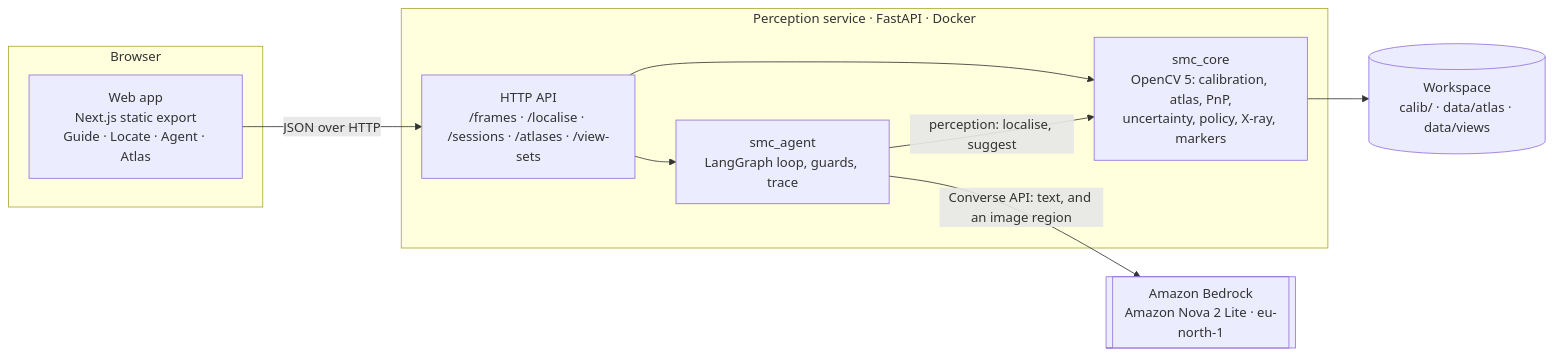
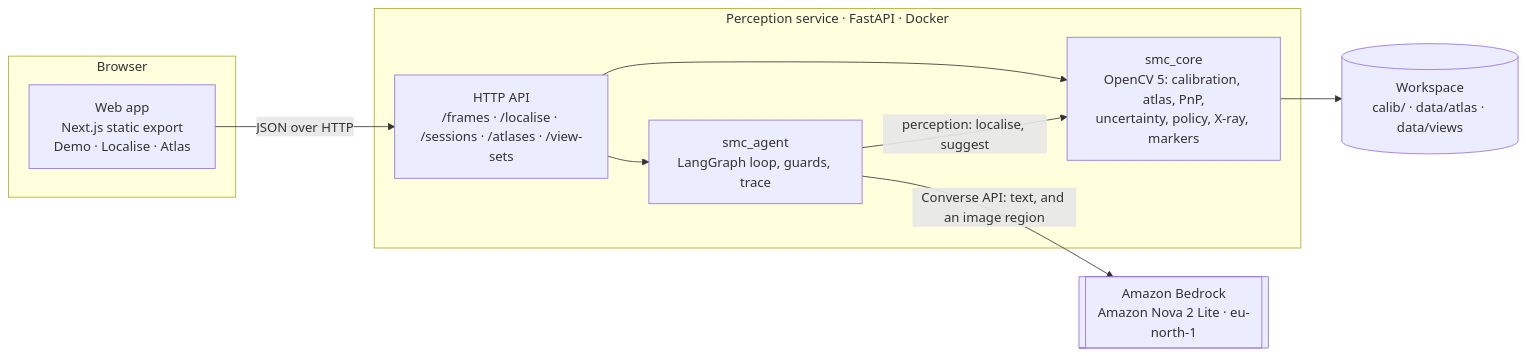
Before and after one commit to Lukols-Dev/Spatial-Maintenance-Copilot: the first of 3 diagrams in docs/report.md, drawn with Mermaid. The commit also changed other lines of this file and 60 other files, not shown here.

````diff
--- a/docs/report.md
+++ b/docs/report.md
@@ -100,19 +109,19 @@
 ```mermaid
 flowchart LR
   subgraph browser["Browser"]
-    web["Web app<br/>Next.js static export<br/>Guide · Locate · Agent · Atlas"]
+    web["Web app<br/>Next.js static export<br/>Demo · Localise · Atlas"]
   end
   subgraph service["Perception service · FastAPI · Docker"]
     api["HTTP API<br/>/frames · /localise · /sessions · /atlases · /view-sets"]
     agent["smc_agent<br/>LangGraph loop, guards, trace"]
     core["smc_core<br/>OpenCV 5: calibration, atlas, PnP,<br/>uncertainty, policy, X-ray, markers"]
   end
   files[("Workspace<br/>calib/ · data/atlas · data/views")]
   bedrock[["Amazon Bedrock<br/>Amazon Nova 2 Lite · eu-north-1"]]
   web -- JSON over HTTP --> api
   api --> core
   api --> agent
   agent -- "perception: localise, suggest" --> core
   agent -- "Converse API: text, and an image region" --> bedrock
   core --> files
 ```
````
